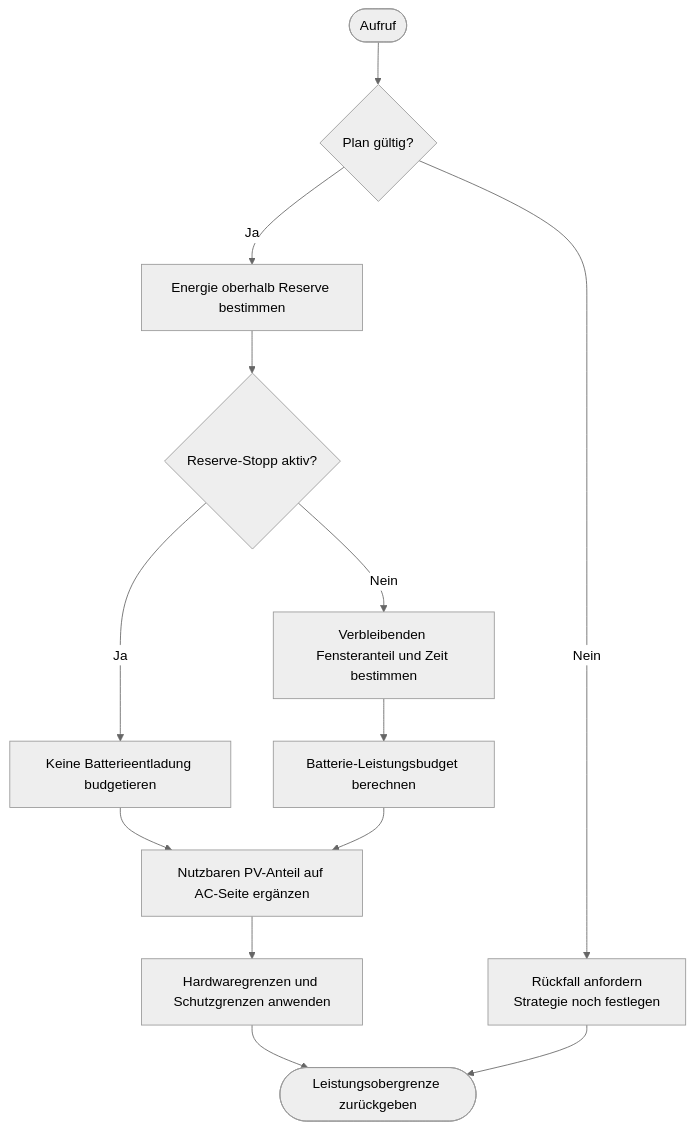
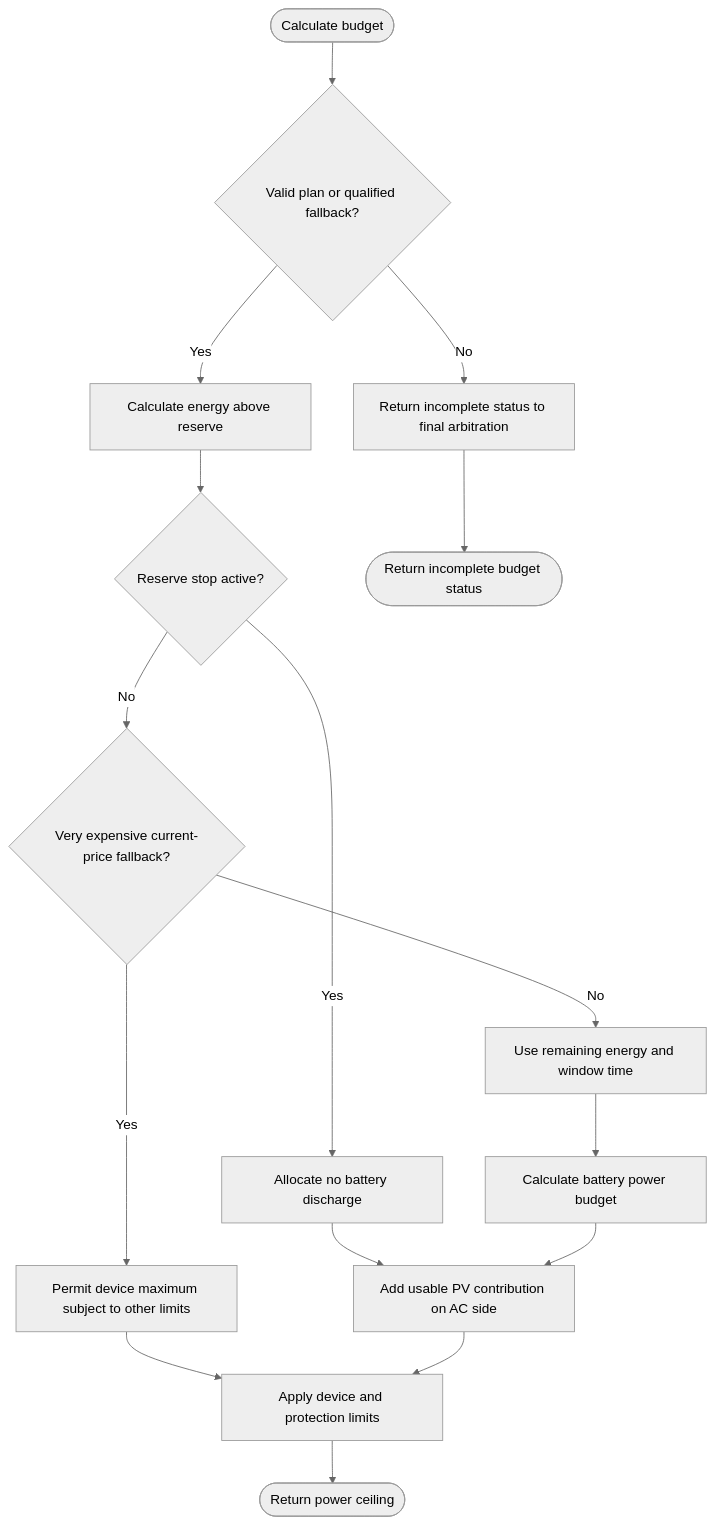
One commit to vitalyruhl/SolarBatteryTelemetry changed the diagram in docs/regelungsplannung/06-energiebudget.md. Above: the diagram before and after it, drawn with Mermaid (neutral theme). The commit also changed other lines of this file and 13 other files, not shown here.

````diff
--- a/docs/regelungsplannung/06-energiebudget.md
+++ b/docs/regelungsplannung/06-energiebudget.md
@@ -16,15 +18,18 @@
 ```mermaid
 flowchart TD
-    A([Aufruf]) --> B{Plan gültig?}
-    B -- Nein --> C[Rückfall anfordern<br/>Strategie noch festlegen]
-    B -- Ja --> D[Energie oberhalb Reserve bestimmen]
-    D --> E{Reserve-Stopp aktiv?}
-    E -- Ja --> F[Keine Batterieentladung budgetieren]
-    E -- Nein --> G[Verbleibenden Fensteranteil und Zeit bestimmen]
-    G --> H[Batterie-Leistungsbudget berechnen]
-    F --> I
-    H --> I[Nutzbaren PV-Anteil auf AC-Seite ergänzen]
-    I --> J[Hardwaregrenzen und Schutzgrenzen anwenden]
-    J --> K([Leistungsobergrenze zurückgeben])
-    C --> K
+ A([Calculate budget]) --> B{Valid plan or qualified fallback?}
+ B -- No --> C[Return incomplete status to final arbitration]
+ B -- Yes --> D[Calculate energy above reserve]
+ D --> E{Reserve stop active?}
+ E -- Yes --> F[Allocate no battery discharge]
+ E -- No --> V{Very expensive current-price fallback?}
+ V -- Yes --> MAX[Permit device maximum subject to other limits]
+ MAX --> J
+ V -- No --> G[Use remaining energy and window time]
+ G --> H[Calculate battery power budget]
+ F --> I
+ H --> I[Add usable PV contribution on AC side]
+ I --> J[Apply device and protection limits]
+ J --> K([Return power ceiling])
+ C --> U([Return incomplete budget status])
 ```
````
